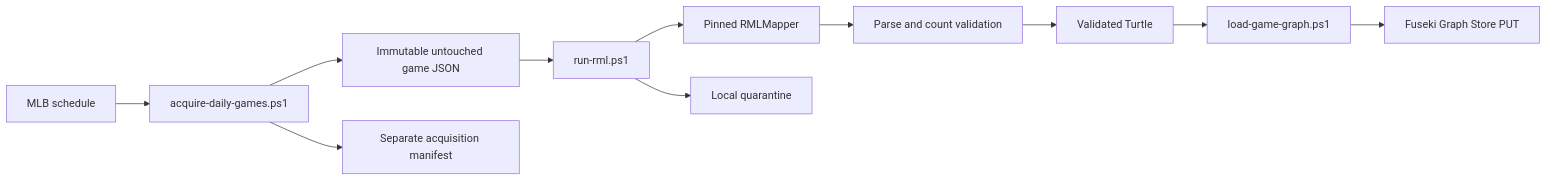
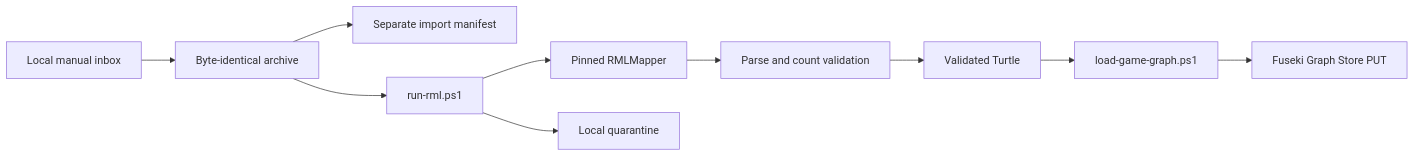
The diagram in scripts/pipeline/README.md (CarterBeauBenson/BaseballO), drawn with Mermaid before and after one commit. The commit also changed other lines of this file and 29 other files, not shown here.

Commit message:
Build offline manual game pipeline

````diff
--- a/scripts/pipeline/README.md
+++ b/scripts/pipeline/README.md
@@ -5,13 +5,12 @@
 ```mermaid
 flowchart LR
-    S[MLB schedule] --> A[acquire-daily-games.ps1]
-    A --> J[Immutable untouched game JSON]
-    A --> P[Separate acquisition manifest]
-    J --> R[run-rml.ps1]
+    I[Local manual inbox] --> A[Byte-identical archive]
+    A --> P[Separate import manifest]
+    A --> R[run-rml.ps1]
     R --> M[Pinned RMLMapper]
     M --> V[Parse and count validation]
     V --> T[Validated Turtle]
     T --> L[load-game-graph.ps1]
     L --> F[Fuseki Graph Store PUT]
     R --> Q[Local quarantine]
 ```
````
